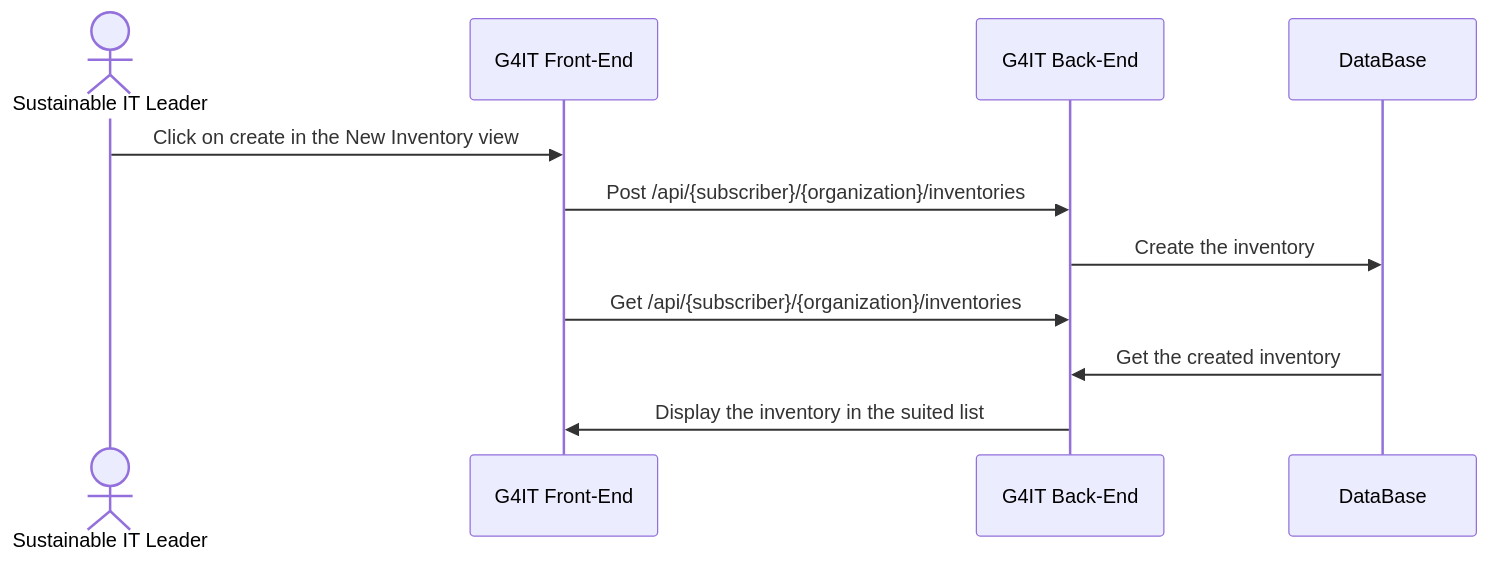
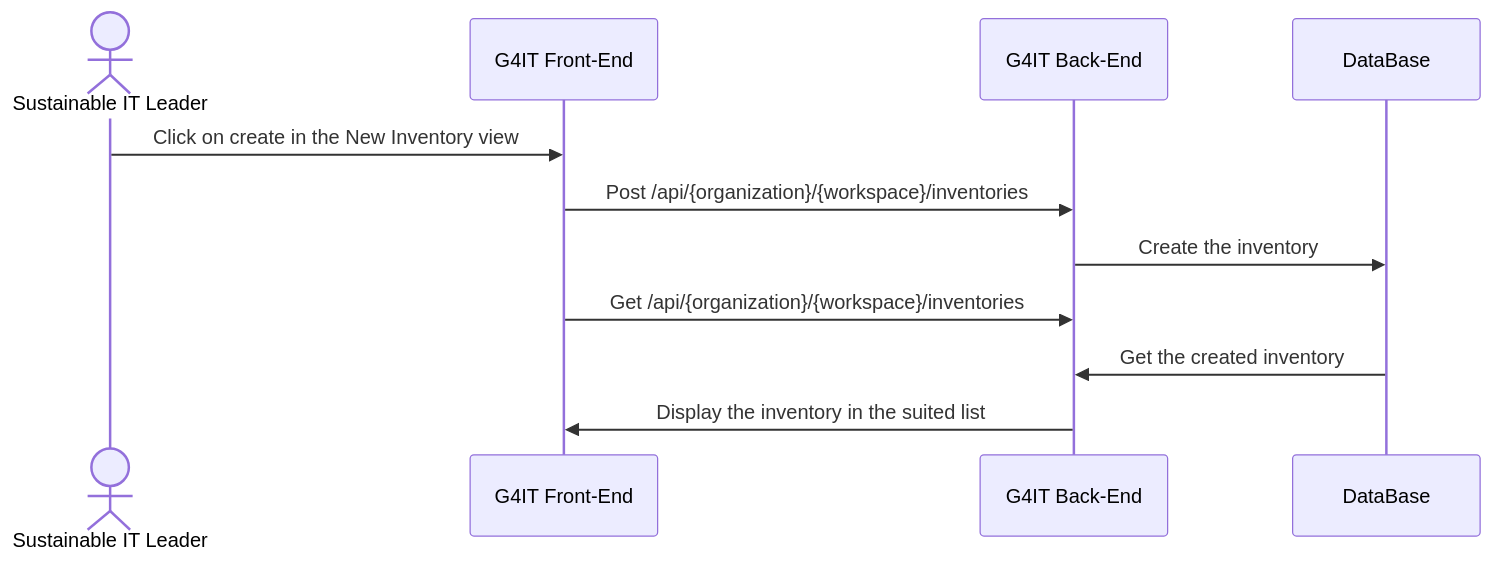
Before and after one commit to teamg4it/g4it: the second of 4 diagrams in services/documentation/content/2-functional-documentation/use_cases/uc_inventory/uc2_create_inventory.md, drawn with Mermaid. The commit also changed other lines of this file and 92 other files, not shown here.

```diff
--- a/services/documentation/content/2-functional-documentation/use_cases/uc_inventory/uc2_create_inventory.md
+++ b/services/documentation/content/2-functional-documentation/use_cases/uc_inventory/uc2_create_inventory.md
@@ -91,15 +91,15 @@
 {{< mermaid align="center">}}
 sequenceDiagram
 actor RND as Sustainable IT Leader
 participant front as G4IT Front-End
 participant back as G4IT Back-End
 participant DataBase
 
 RND ->> front: Click on create in the New Inventory view
-front ->> back: Post /api/{subscriber}/{organization}/inventories
+front ->> back: Post /api/{organization}/{workspace}/inventories
 back ->> DataBase: Create the inventory
-front ->> back: Get /api/{subscriber}/{organization}/inventories
+front ->> back: Get /api/{organization}/{workspace}/inventories
 DataBase ->> back: Get the created inventory
 back ->> front: Display the inventory in the suited list
 
 {{< /mermaid >}}
```
